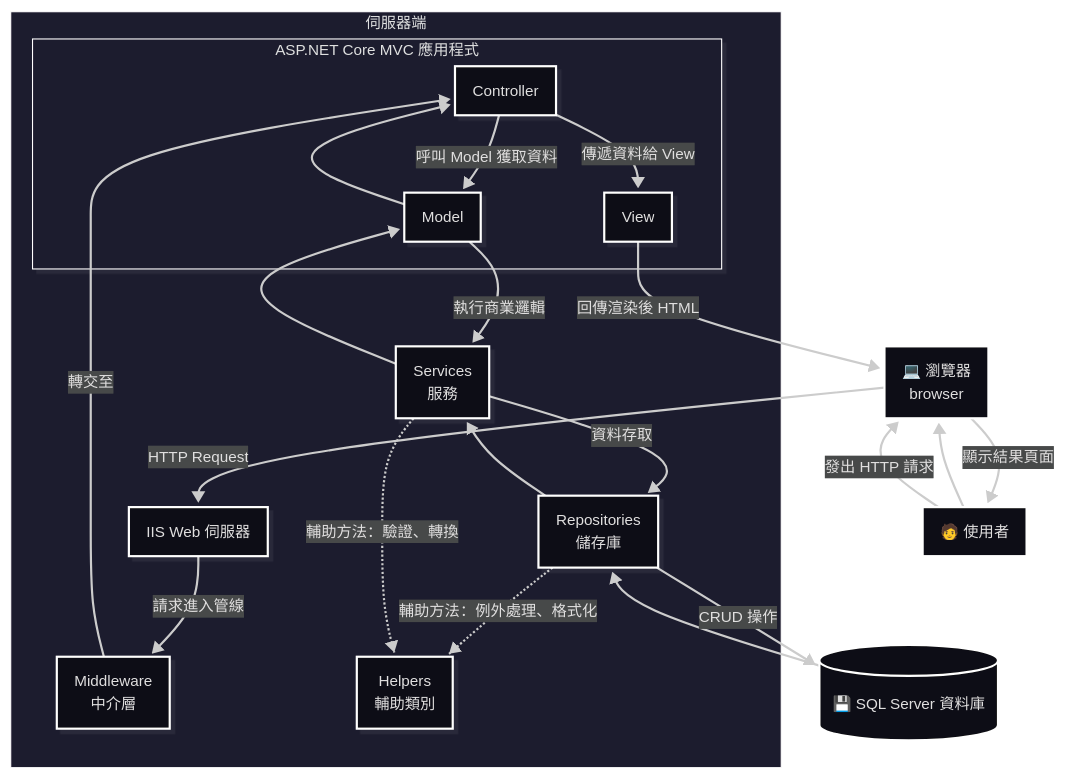
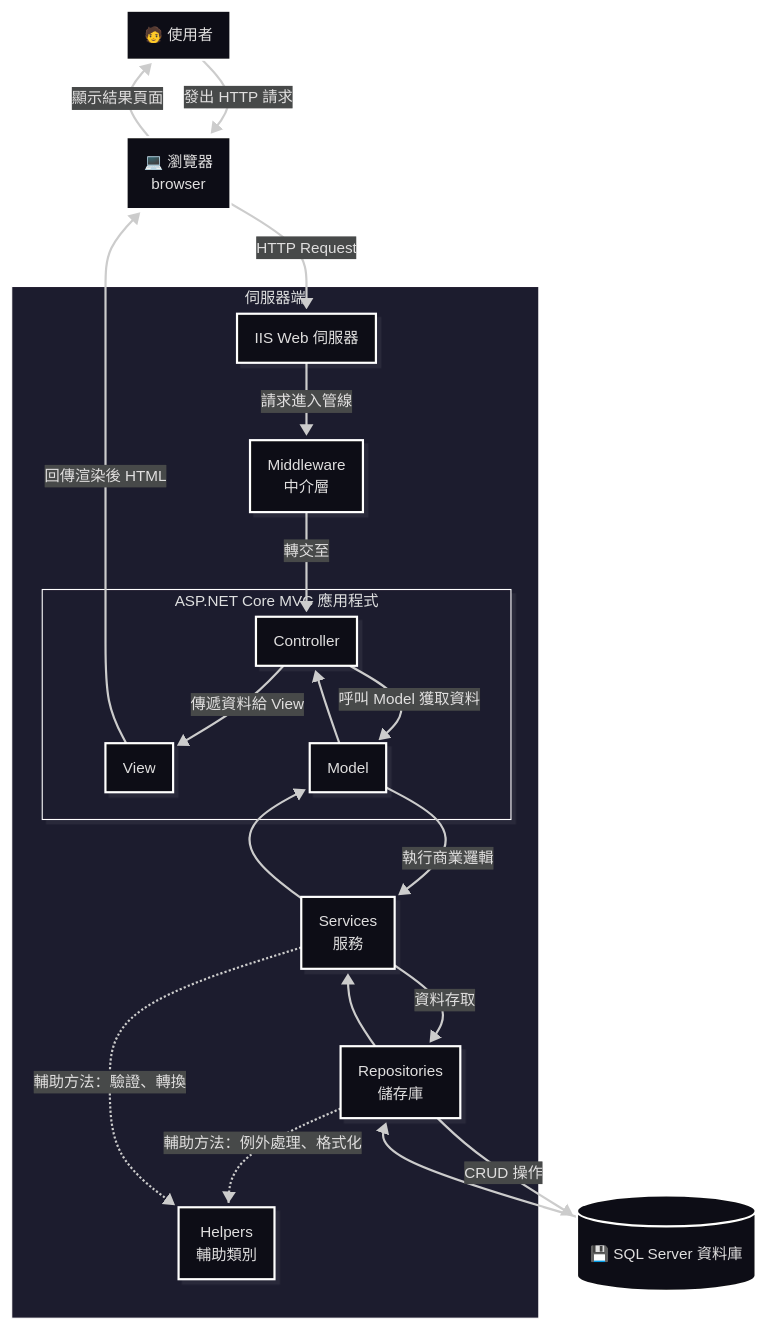
The diagram in README.md (Mituteruhsu/CarbornProjectWEBPractice), drawn with Mermaid before and after one commit.

````diff
--- a/README.md
+++ b/README.md
@@ -65,40 +65,37 @@
 ```mermaid
 ---
 config:
   layout: dagre
   theme: redux-dark
   look: neo
 ---
-flowchart TD
- subgraph MVC["ASP.NET Core MVC 應用程式"]
-        C["Controller"]
-        M["Model"]
-        V["View"]
-  end
- subgraph S["伺服器端"]
-        IIS["IIS Web 伺服器"]
-        MW["Middleware<br>中介層"]
-        MVC
-        SV["Services<br>服務"]
-        RP["Repositories<br>儲存庫"]
-        HP["Helpers<br>輔助類別"]
-  end
-    U["🧑 使用者"] --> B["💻 瀏覽器<br>browser"]
-    U -- 發出 HTTP 請求 --> B
-    B -- HTTP Request --> IIS
-    IIS -- 請求進入管線 --> MW
-    MW -- 轉交至 --> C
-    C -- 呼叫 Model 獲取資料 --> M
-    M -- 執行商業邏輯 --> SV
-    SV -- 資料存取 --> RP
-    RP -- CRUD 操作 --> DB[("💾 SQL Server 資料庫")]
-    DB --> RP
-    RP --> SV
-    SV --> M
-    M --> C
-    C -- 傳遞資料給 View --> V
-    V -- 回傳渲染後 HTML --> B
-    B -- 顯示結果頁面 --> U
-    RP -. 輔助方法：例外處理、格式化 .-> HP
-    SV -. 輔助方法：驗證、轉換 .-> HP
+flowchart TB
+U["🧑 使用者"] -- 發出 HTTP 請求 --> B["💻 瀏覽器<br>browser"]
+subgraph MVC["ASP.NET Core MVC 應用程式"]
+    C["Controller"]
+    V["View"]
+    M["Model"]        
+end
+subgraph S["伺服器端"]
+    IIS["IIS Web 伺服器"] -- 請求進入管線 --> MW["Middleware<br>中介層"]
+    MVC
+    SV["Services<br>服務"]
+    RP["Repositories<br>儲存庫"]
+    HP["Helpers<br>輔助類別"]
+end
+B -- HTTP Request --> IIS
+MW -- 轉交至 --> C
+C -- 呼叫 Model 獲取資料 --> M
+M -- 執行商業邏輯 --> SV
+SV -- 資料存取 --> RP
+RP -- CRUD 操作 --> DB[("💾 SQL Server 資料庫")]
+DB --> RP
+RP --> SV
+SV --> M
+M --> C
+C -- 傳遞資料給 View --> V
+V -- 回傳渲染後 HTML --> B
+B -- 顯示結果頁面 --> U
+RP -. 輔助方法：例外處理、格式化 .-> HP
+SV -. 輔助方法：驗證、轉換 .-> HP
 ```
````
